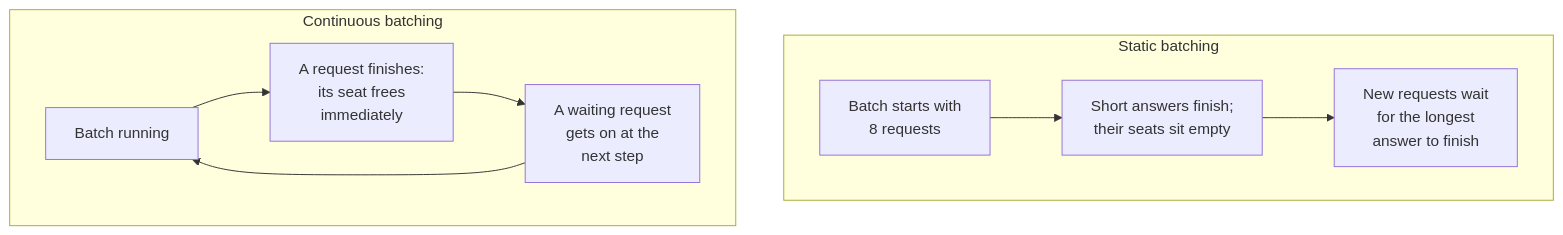
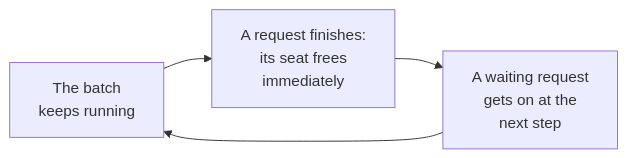
The seventh of 12 diagrams in src/Data/aiStackDocs/CH-12.md (shubamchaudhary/CodeNITW), drawn with Mermaid before and after one commit. The commit also changed other lines of this file and 29 other files, not shown here.

````diff
--- a/src/Data/aiStackDocs/CH-12.md
+++ b/src/Data/aiStackDocs/CH-12.md
@@ -108,12 +118,6 @@
 ```mermaid
-flowchart TB
-    subgraph STATIC["Static batching"]
-        S1["Batch starts with<br/>8 requests"] --> S2["Short answers finish;<br/>their seats sit empty"]
-        S2 --> S3["New requests wait<br/>for the longest<br/>answer to finish"]
-    end
-    subgraph CONT["Continuous batching"]
-        C1["Batch running"] --> C2["A request finishes:<br/>its seat frees<br/>immediately"]
-        C2 --> C3["A waiting request<br/>gets on at the<br/>next step"]
-        C3 --> C1
-    end
+flowchart LR
+    C1["The batch<br/>keeps running"] --> C2["A request finishes:<br/>its seat frees<br/>immediately"]
+    C2 --> C3["A waiting request<br/>gets on at the<br/>next step"]
+    C3 --> C1
 ```
````
